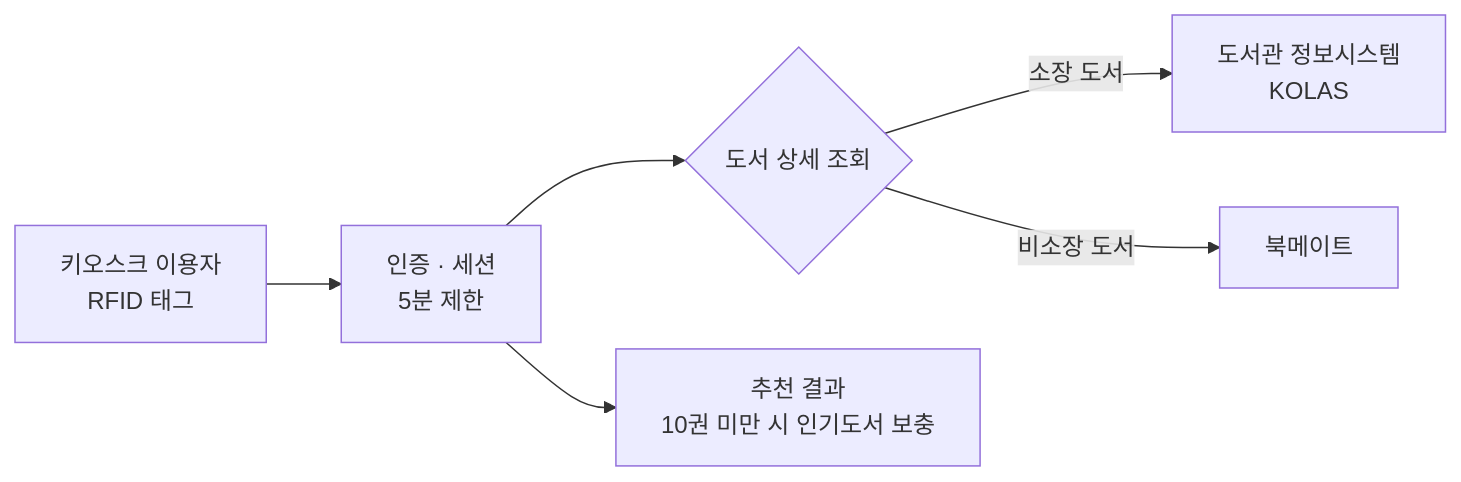
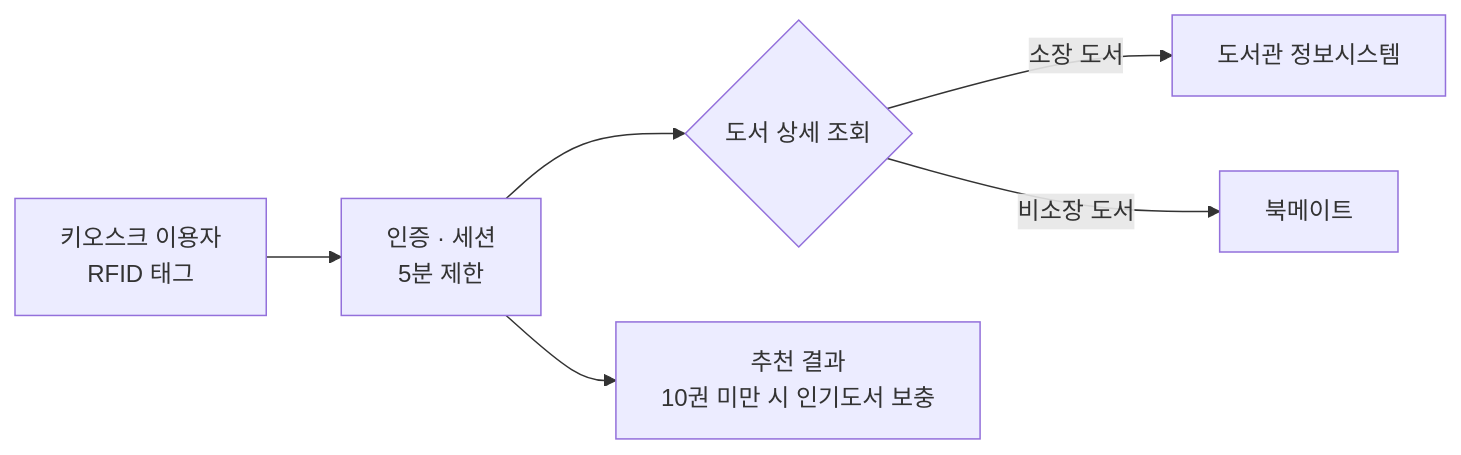
One commit to panorama713/career-portfolio changed the diagram in projects/04-ai-middleware.md. Above: the diagram before and after it, drawn with Mermaid. The commit also changed other lines of this file and 1 other file, not shown here.

Commit message:
Generalize internal system name (KOLAS), clarify test-type abbreviations

````diff
--- a/projects/04-ai-middleware.md
+++ b/projects/04-ai-middleware.md
@@ -6,14 +6,14 @@
 ```mermaid
 flowchart LR
     User["키오스크 이용자<br/>RFID 태그"]
     Auth["인증 · 세션<br/>5분 제한"]
     Detail{"도서 상세 조회"}
-    KOLAS["도서관 정보시스템<br/>KOLAS"]
+    LibSys["도서관 정보시스템"]
     Bookmate["북메이트"]
     Reco["추천 결과<br/>10권 미만 시 인기도서 보충"]
 
     User --> Auth --> Detail
-    Detail -->|소장 도서| KOLAS
+    Detail -->|소장 도서| LibSys
     Detail -->|비소장 도서| Bookmate
     Auth --> Reco
 ```
````
